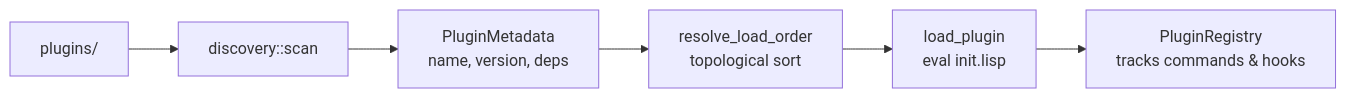
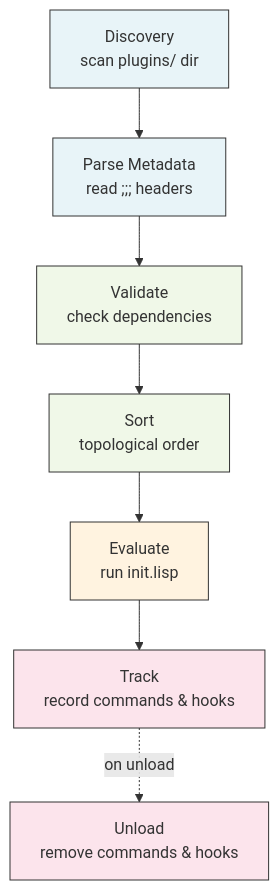
Before and after one commit to andrealaforgia/alfred: the third of 5 diagrams in docs/walkthrough/alfred-walkthrough.md, drawn with Mermaid. The commit also changed other lines of this file and 4 other files, not shown here.

````diff
--- a/docs/walkthrough/alfred-walkthrough.md
+++ b/docs/walkthrough/alfred-walkthrough.md
@@ -338,8 +430,21 @@
 ```mermaid
-flowchart LR
-    D[plugins/] --> S[discovery::scan]
-    S --> M[PluginMetadata<br/>name, version, deps]
-    M --> T[resolve_load_order<br/>topological sort]
-    T --> R[load_plugin<br/>eval init.lisp]
-    R --> REG[PluginRegistry<br/>tracks commands & hooks]
+graph TD
+    D["Discovery<br/>scan plugins/ dir"]
+    M["Parse Metadata<br/>read ;;; headers"]
+    V["Validate<br/>check dependencies"]
+    S["Sort<br/>topological order"]
+    E["Evaluate<br/>run init.lisp"]
+    T["Track<br/>record commands & hooks"]
+    U["Unload<br/>remove commands & hooks"]
+
+    D --> M --> V --> S --> E --> T
+    T -.->|"on unload"| U
+
+    style D fill:#e8f4f8,stroke:#333
+    style M fill:#e8f4f8,stroke:#333
+    style V fill:#f0f8e8,stroke:#333
+    style S fill:#f0f8e8,stroke:#333
+    style E fill:#fff3e0,stroke:#333
+    style T fill:#fce4ec,stroke:#333
+    style U fill:#fce4ec,stroke:#333
 ```
````
